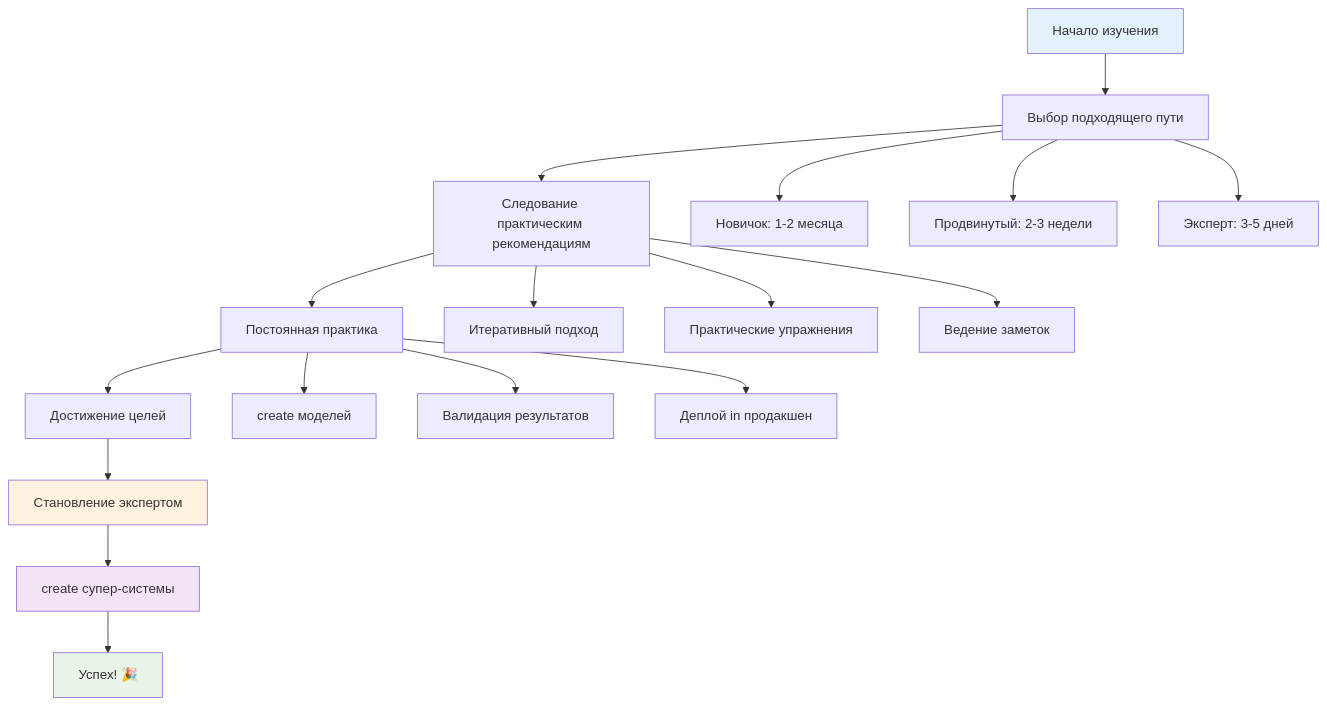
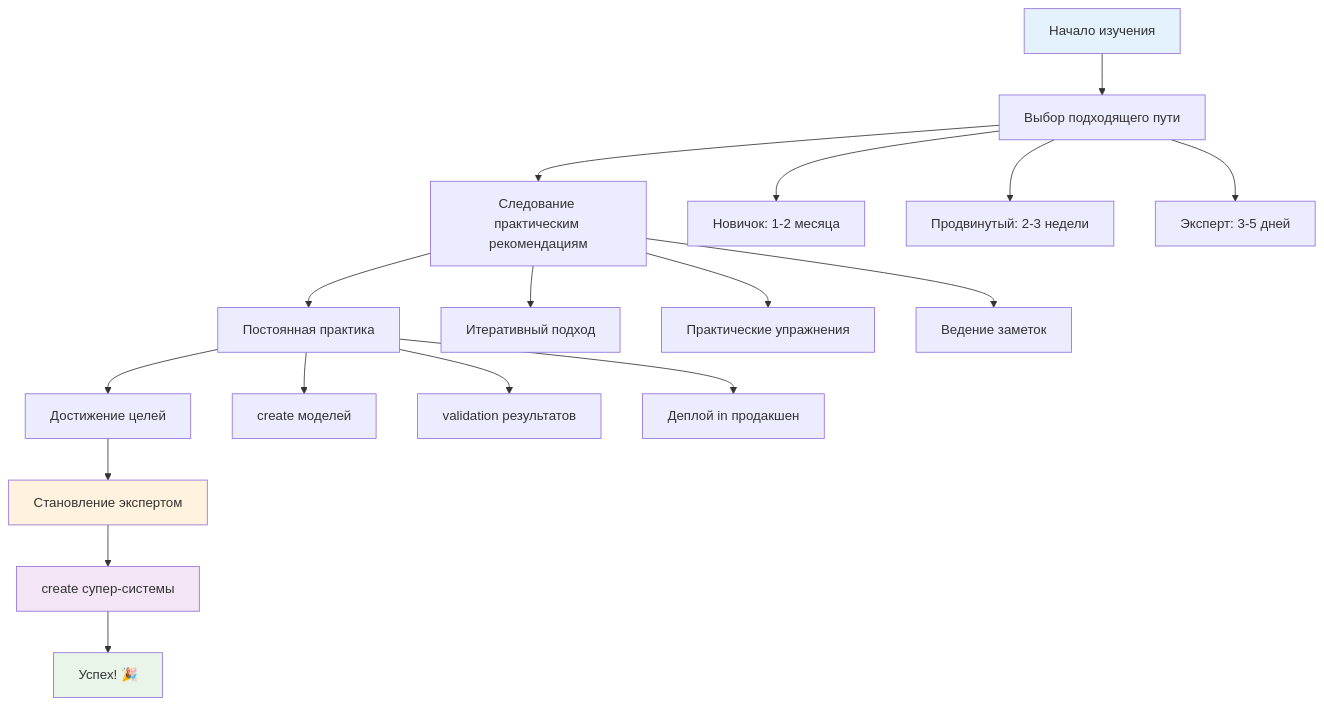
The eighth of 8 diagrams in docs/automl/gluon/25_reading_guide.md (NeoZorK/neozork-hld-prediction), drawn with Mermaid before and after one commit. The commit also changed other lines of this file and 88 other files, not shown here.

````diff
--- a/docs/automl/gluon/25_reading_guide.md
+++ b/docs/automl/gluon/25_reading_guide.md
@@ -1602,27 +1602,27 @@
 ```mermaid
 graph TD
 A[Начало изучения] --> B[Выбор подходящего пути]
 B --> C[Следование практическим рекомендациям]
 C --> D[Постоянная практика]
 D --> E[Достижение целей]
 E --> F[Становление экспертом]
 F --> G[create супер-системы]
 G --> H[Успех! 🎉]
 
 B --> B1[Новичок: 1-2 месяца]
 B --> B2[Продвинутый: 2-3 недели]
 B --> B3[Эксперт: 3-5 дней]
 
 C --> C1[Итеративный подход]
 C --> C2[Практические упражнения]
 C --> C3[Ведение заметок]
 
 D --> D1[create моделей]
-D --> D2[Валидация результатов]
+D --> D2[validation результатов]
 D --> D3[Деплой in продакшен]
 
  style A fill:#e3f2fd
  style H fill:#e8f5e8
  style F fill:#fff3e0
  style G fill:#f3e5f5
 ```
````
